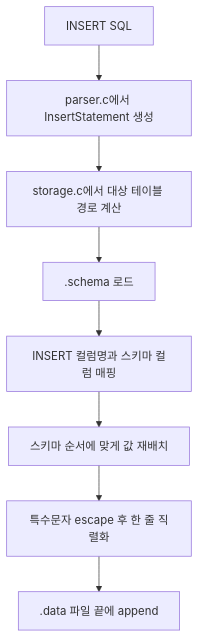
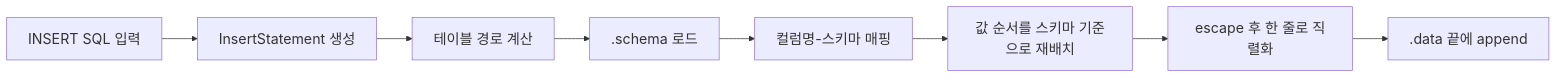
The fourth of 5 diagrams in README.md (Jungle-12-303/week7-team1-sql-2), drawn with Mermaid before and after one commit. The commit also changed other lines of this file, not shown here.

Commit message:
Improve README diagram readability

````diff
--- a/README.md
+++ b/README.md
@@ -119,10 +119,11 @@
 ```mermaid
-flowchart TD
-    A["INSERT SQL"] --> B["parser.c에서 InsertStatement 생성"]
-    B --> C["storage.c에서 대상 테이블 경로 계산"]
+%%{init: {'themeVariables': {'fontSize': '20px'}}}%%
+flowchart LR
+    A["INSERT SQL 입력"] --> B["InsertStatement 생성"]
+    B --> C["테이블 경로 계산"]
     C --> D[".schema 로드"]
-    D --> E["INSERT 컬럼명과 스키마 컬럼 매핑"]
-    E --> F["스키마 순서에 맞게 값 재배치"]
-    F --> G["특수문자 escape 후 한 줄 직렬화"]
-    G --> H[".data 파일 끝에 append"]
+    D --> E["컬럼명-스키마 매핑"]
+    E --> F["값 순서를 스키마 기준으로 재배치"]
+    F --> G["escape 후 한 줄로 직렬화"]
+    G --> H[".data 끝에 append"]
 ```
````
